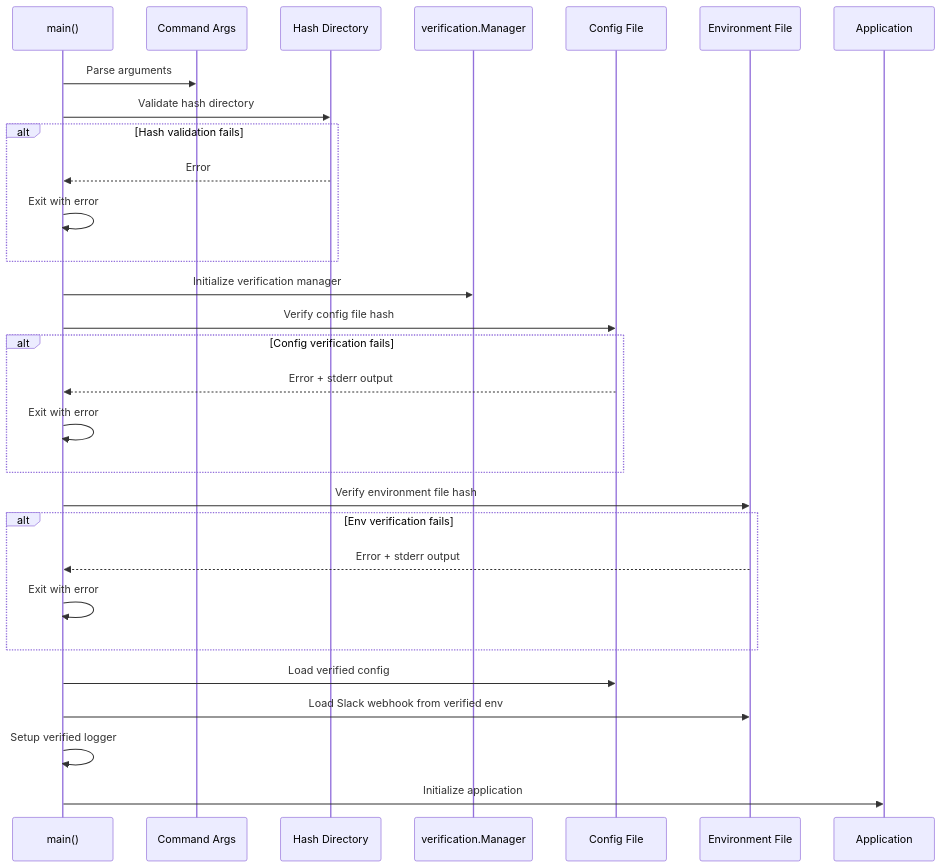
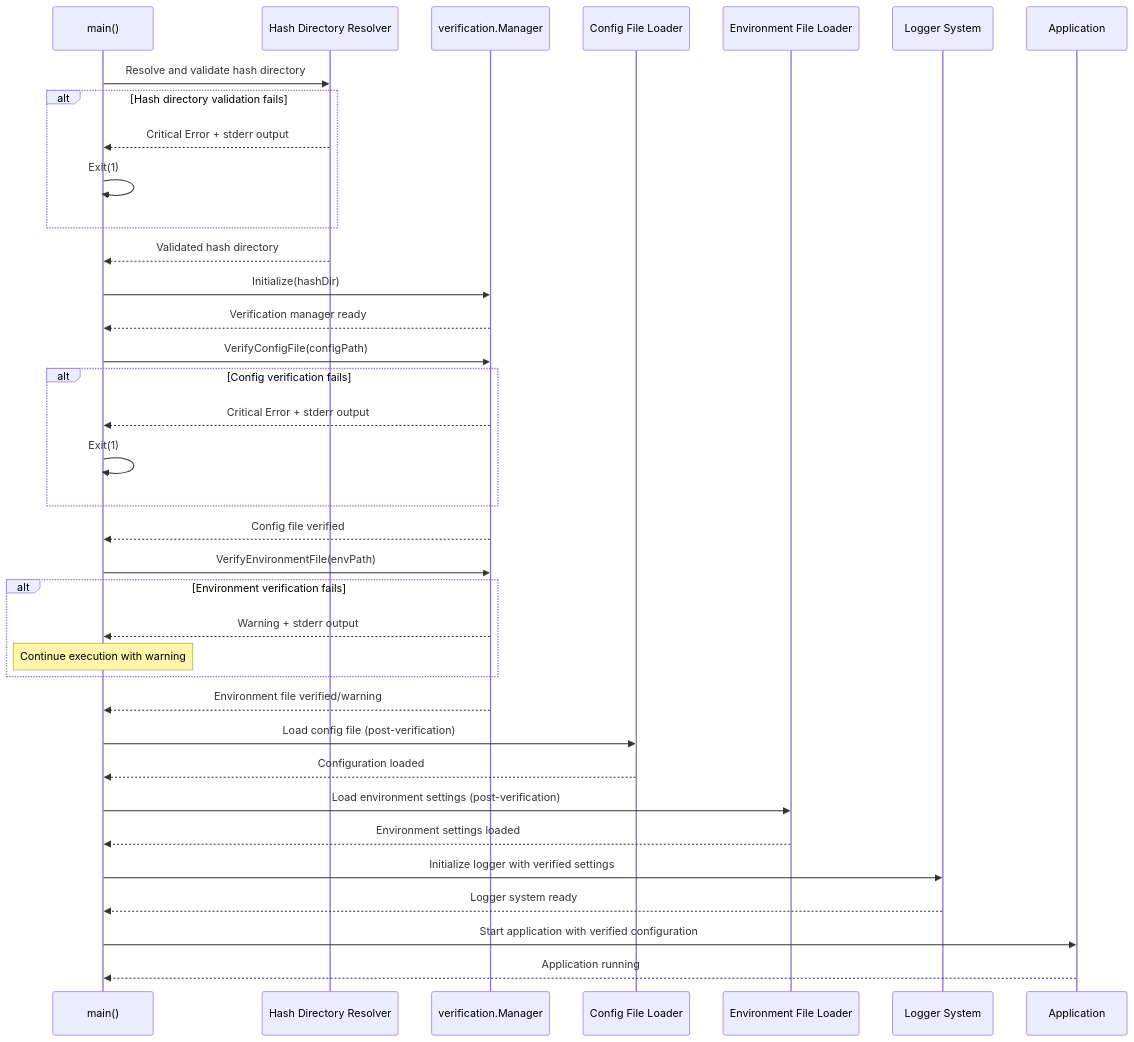
One commit to isseis/go-safe-cmd-runner changed the first of 2 diagrams in docs/tasks/0021_config_verification_timing/03_specification.md. Above: the diagram before and after it, drawn with Mermaid. The commit also changed other lines of this file and 1 other file, not shown here.

First line of the commit message:
Refactor config verification timing docs to simpler verification flow

````diff
--- a/docs/tasks/0021_config_verification_timing/03_specification.md
+++ b/docs/tasks/0021_config_verification_timing/03_specification.md
@@ -141,35 +141,46 @@
 ```mermaid
 sequenceDiagram
     participant Main as main()
-    participant Args as Command Args
-    participant Hash as Hash Directory
+    participant HDR as Hash Directory Resolver
     participant VM as verification.Manager
-    participant CF as Config File
-    participant EF as Environment File
+    participant CFL as Config File Loader
+    participant EFL as Environment File Loader
+    participant LOG as Logger System
     participant App as Application
 
-    Main->>Args: Parse arguments
-    Main->>Hash: Validate hash directory
-    alt Hash validation fails
-        Hash-->>Main: Error
-        Main->>Main: Exit with error
+    Main->>HDR: Resolve and validate hash directory
+    alt Hash directory validation fails
+        HDR-->>Main: Critical Error + stderr output
+        Main->>Main: Exit(1)
     end
+    HDR-->>Main: Validated hash directory
 
-    Main->>VM: Initialize verification manager
-    Main->>CF: Verify config file hash
+    Main->>VM: Initialize(hashDir)
+    VM-->>Main: Verification manager ready
+
+    Main->>VM: VerifyConfigFile(configPath)
     alt Config verification fails
-        CF-->>Main: Error + stderr output
-        Main->>Main: Exit with error
+        VM-->>Main: Critical Error + stderr output
+        Main->>Main: Exit(1)
     end
+    VM-->>Main: Config file verified
 
-    Main->>EF: Verify environment file hash
-    alt Env verification fails
-        EF-->>Main: Error + stderr output
-        Main->>Main: Exit with error
+    Main->>VM: VerifyEnvironmentFile(envPath)
+    alt Environment verification fails
+        VM-->>Main: Warning + stderr output
+        Note over Main: Continue execution with warning
     end
+    VM-->>Main: Environment file verified/warning
 
-    Main->>CF: Load verified config
-    Main->>EF: Load Slack webhook from verified env
-    Main->>Main: Setup verified logger
-    Main->>App: Initialize application
+    Main->>CFL: Load config file (post-verification)
+    CFL-->>Main: Configuration loaded
+
+    Main->>EFL: Load environment settings (post-verification)
+    EFL-->>Main: Environment settings loaded
+
+    Main->>LOG: Initialize logger with verified settings
+    LOG-->>Main: Logger system ready
+
+    Main->>App: Start application with verified configuration
+    App-->>Main: Application running
 ```
````
